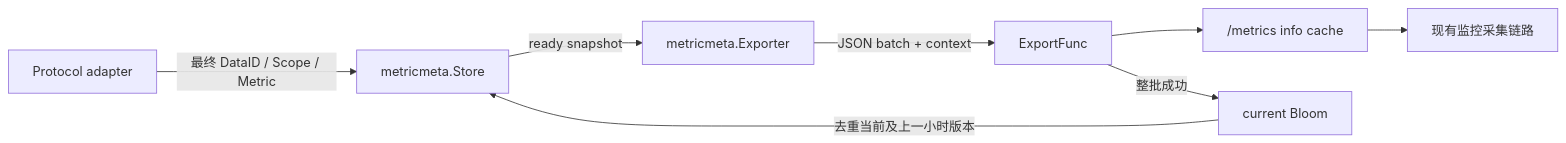
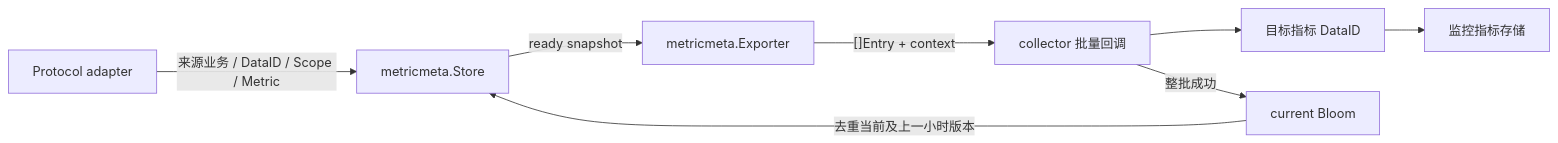
Before and after one commit to ZhuoZhuoCrayon/ai-workspace: the diagram in knowledge/bkmonitor-datalink/issues/2026-09-15-collector-metric-metadata/PLAN.md, drawn with Mermaid. The commit also changed other lines of this file and 7 other files, not shown here.

````diff
--- a/knowledge/bkmonitor-datalink/issues/2026-09-15-collector-metric-metadata/PLAN.md
+++ b/knowledge/bkmonitor-datalink/issues/2026-09-15-collector-metric-metadata/PLAN.md
@@ -32,10 +32,10 @@
 ```mermaid
 flowchart LR
-    Protocol["Protocol adapter"] -->|"最终 DataID / Scope / Metric"| Store["metricmeta.Store"]
+    Protocol["Protocol adapter"] -->|"来源业务 / DataID / Scope / Metric"| Store["metricmeta.Store"]
     Store -->|"ready snapshot"| Exporter["metricmeta.Exporter"]
-    Exporter -->|"JSON batch + context"| ExportFunc["ExportFunc"]
-    ExportFunc --> Info["/metrics info cache"]
-    Info --> Scraper["现有监控采集链路"]
+    Exporter -->|"[]Entry + context"| ExportFunc["collector 批量回调"]
+    ExportFunc --> Output["目标指标 DataID"]
+    Output --> Storage["监控指标存储"]
     ExportFunc -->|"整批成功"| Bloom["current Bloom"]
     Bloom -->|"去重当前及上一小时版本"| Store
 ```
````
